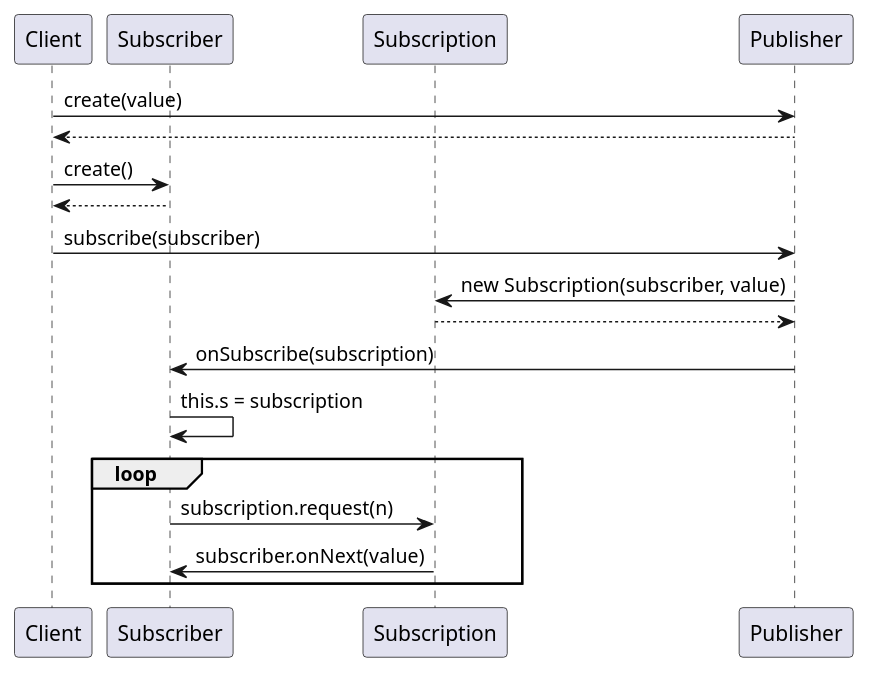
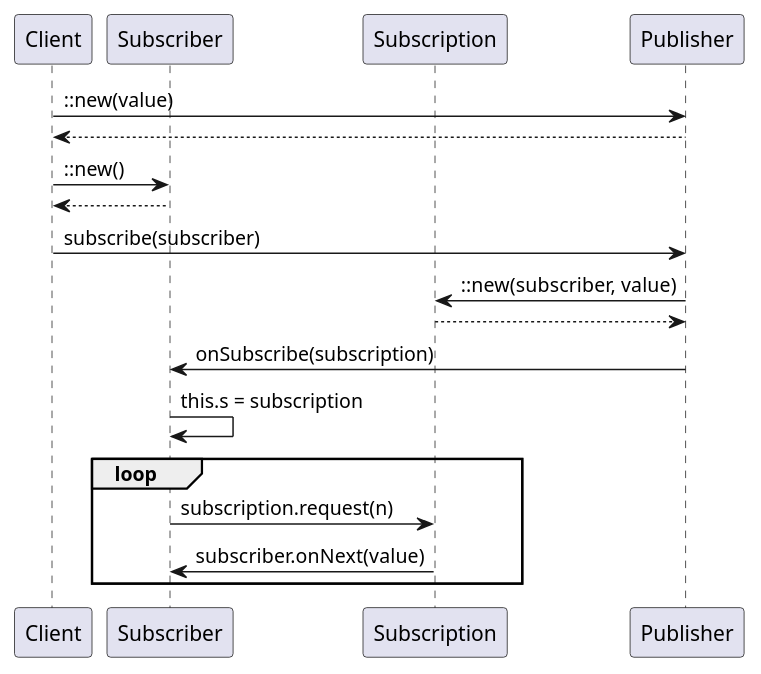
One commit to yanghoon/obsidian-workspace changed the diagram in _diary/2024-06-18.md. Above: the diagram before and after it, drawn with PlantUML.

Commit message:
vault backup: 2024-06-19 00:09:40

````diff
--- a/_diary/2024-06-18.md
+++ b/_diary/2024-06-18.md
@@ -3,27 +3,27 @@
 ```plantuml
 @startuml
 
 participant Client as Client
 participant Subscriber as Sub
 participant Subscription as Subn
 participant Publisher as Pub
 
-Client -> Pub: create(value)
+Client -> Pub: ::new(value)
 Client <-- Pub
-Client -> Sub: create()
+Client -> Sub: ::new()
 Client <-- Sub
 
 Client -> Pub: subscribe(subscriber)
-Pub -> Subn: new Subscription(subscriber, value)
+Pub -> Subn: ::new(subscriber, value)
 Pub <-- Subn
 Pub -> Sub: onSubscribe(subscription)
 
 Sub -> Sub: this.s = subscription
 group loop
   Sub -> Subn: subscription.request(n)
   Subn -> Sub: subscriber.onNext(value)
 end
 
 
 @enduml
 ```
````
